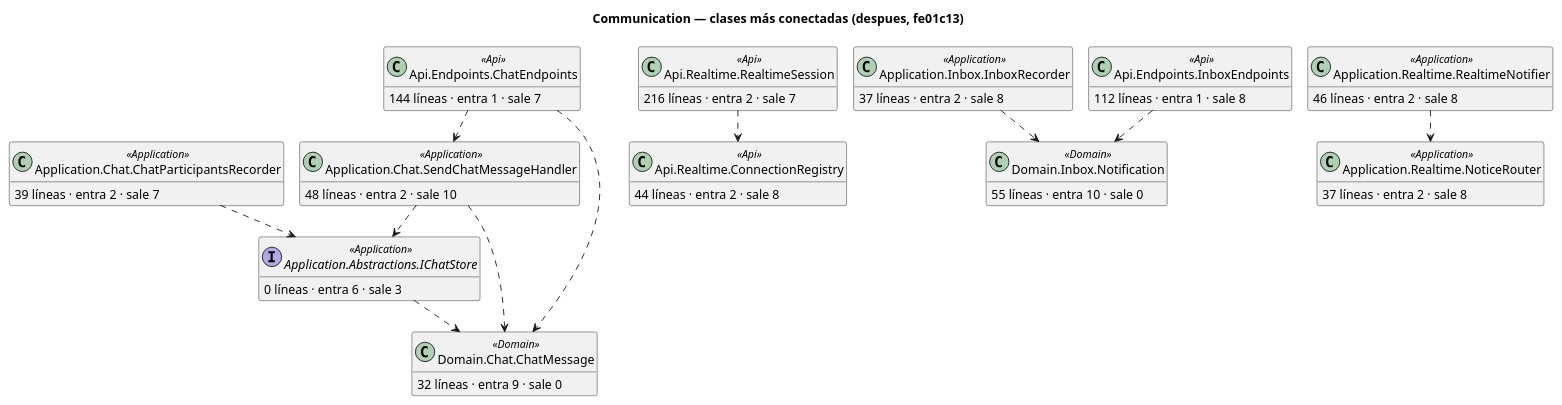
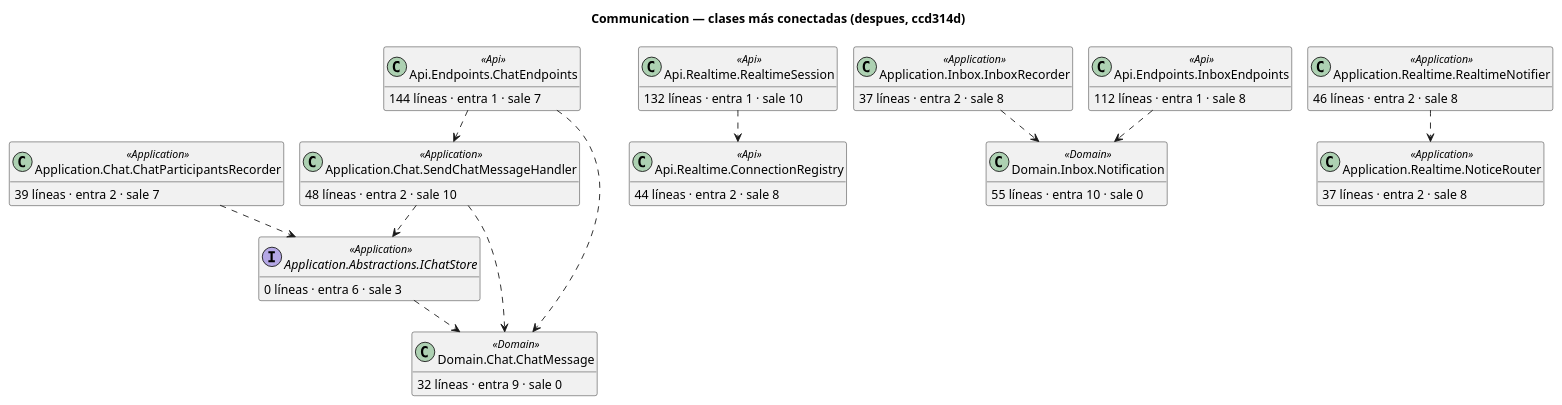
One commit to ARQUI-202630/quickpatch changed the diagram in docs/architecture/codigo/despues/communication/clases-centrales.puml. Above: the diagram before and after it, drawn with PlantUML. The commit also changed 24 other files, not shown here.

```diff
--- a/docs/architecture/codigo/despues/communication/clases-centrales.puml
+++ b/docs/architecture/codigo/despues/communication/clases-centrales.puml
@@ -1,52 +1,52 @@
 @startuml
 !pragma layout smetana
-title Communication — clases más conectadas (despues, fe01c13)
+title Communication — clases más conectadas (despues, ccd314d)
 hide empty members
 skinparam shadowing false
 class "Application.Chat.SendChatMessageHandler" as QuickPatch_Communication_Application_Chat_SendChatMessageHandler <<Application>> {
   48 líneas · entra 2 · sale 10
+}
+class "Api.Realtime.RealtimeSession" as QuickPatch_Communication_Api_Realtime_RealtimeSession <<Api>> {
+  132 líneas · entra 1 · sale 10
 }
 class "Api.Realtime.ConnectionRegistry" as QuickPatch_Communication_Api_Realtime_ConnectionRegistry <<Api>> {
   44 líneas · entra 2 · sale 8
 }
 class "Application.Inbox.InboxRecorder" as QuickPatch_Communication_Application_Inbox_InboxRecorder <<Application>> {
   37 líneas · entra 2 · sale 8
 }
 class "Application.Realtime.NoticeRouter" as QuickPatch_Communication_Application_Realtime_NoticeRouter <<Application>> {
   37 líneas · entra 2 · sale 8
 }
 class "Application.Realtime.RealtimeNotifier" as QuickPatch_Communication_Application_Realtime_RealtimeNotifier <<Application>> {
   46 líneas · entra 2 · sale 8
 }
 class "Domain.Inbox.Notification" as QuickPatch_Communication_Domain_Inbox_Notification <<Domain>> {
   55 líneas · entra 10 · sale 0
 }
 class "Api.Endpoints.InboxEndpoints" as QuickPatch_Communication_Api_Endpoints_InboxEndpoints <<Api>> {
   112 líneas · entra 1 · sale 8
-}
-class "Api.Realtime.RealtimeSession" as QuickPatch_Communication_Api_Realtime_RealtimeSession <<Api>> {
-  216 líneas · entra 2 · sale 7
 }
 class "Application.Chat.ChatParticipantsRecorder" as QuickPatch_Communication_Application_Chat_ChatParticipantsRecorder <<Application>> {
   39 líneas · entra 2 · sale 7
 }
 class "Domain.Chat.ChatMessage" as QuickPatch_Communication_Domain_Chat_ChatMessage <<Domain>> {
   32 líneas · entra 9 · sale 0
 }
 interface "Application.Abstractions.IChatStore" as QuickPatch_Communication_Application_Abstractions_IChatStore <<Application>> {
   0 líneas · entra 6 · sale 3
 }
 class "Api.Endpoints.ChatEndpoints" as QuickPatch_Communication_Api_Endpoints_ChatEndpoints <<Api>> {
   144 líneas · entra 1 · sale 7
 }
 QuickPatch_Communication_Api_Endpoints_ChatEndpoints ..> QuickPatch_Communication_Application_Chat_SendChatMessageHandler
 QuickPatch_Communication_Api_Endpoints_ChatEndpoints ..> QuickPatch_Communication_Domain_Chat_ChatMessage
 QuickPatch_Communication_Api_Endpoints_InboxEndpoints ..> QuickPatch_Communication_Domain_Inbox_Notification
 QuickPatch_Communication_Api_Realtime_RealtimeSession ..> QuickPatch_Communication_Api_Realtime_ConnectionRegistry
 QuickPatch_Communication_Application_Abstractions_IChatStore ..> QuickPatch_Communication_Domain_Chat_ChatMessage
 QuickPatch_Communication_Application_Chat_ChatParticipantsRecorder ..> QuickPatch_Communication_Application_Abstractions_IChatStore
 QuickPatch_Communication_Application_Chat_SendChatMessageHandler ..> QuickPatch_Communication_Application_Abstractions_IChatStore
 QuickPatch_Communication_Application_Chat_SendChatMessageHandler ..> QuickPatch_Communication_Domain_Chat_ChatMessage
 QuickPatch_Communication_Application_Inbox_InboxRecorder ..> QuickPatch_Communication_Domain_Inbox_Notification
 QuickPatch_Communication_Application_Realtime_RealtimeNotifier ..> QuickPatch_Communication_Application_Realtime_NoticeRouter
 @enduml
```
